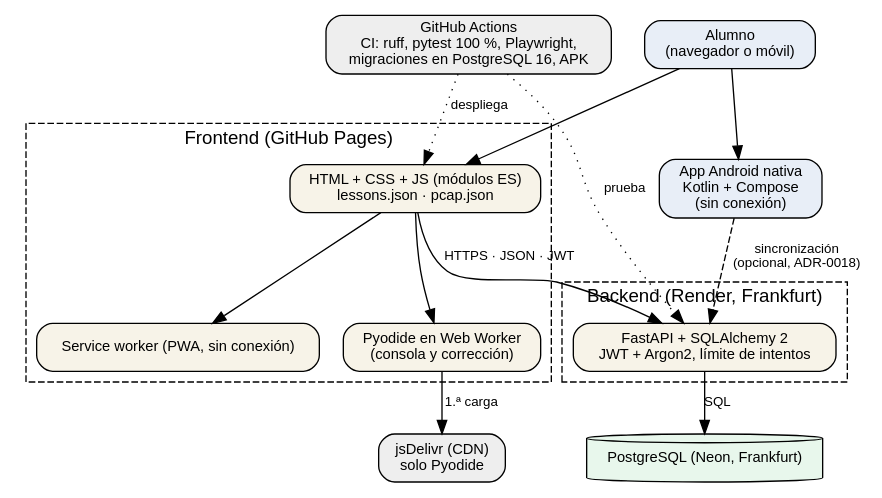
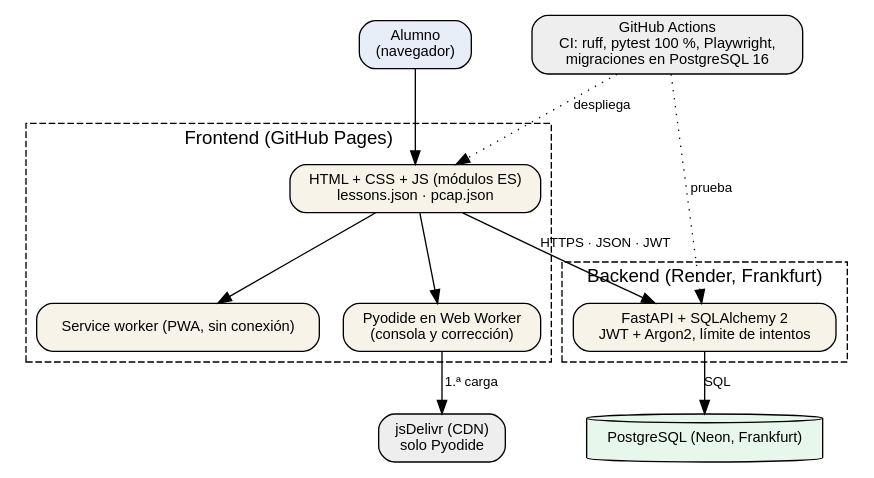
One commit to Marbi8891/python-learning-dashboard changed the diagram in docs/memoria/img/arquitectura.dot. Above: the diagram before and after it, drawn with Graphviz. The commit also changed 330 other files, not shown here.

```diff
--- a/docs/memoria/img/arquitectura.dot
+++ b/docs/memoria/img/arquitectura.dot
@@ -1,13 +1,11 @@
 digraph A { rankdir=TB; fontname="Helvetica"; node [shape=box, style="rounded,filled", fontname="Helvetica", fontsize=11, fillcolor="#f7f3e8"]; edge [fontname="Helvetica", fontsize=10];
-user [label="Alumno\n(navegador o móvil)", fillcolor="#e8eef7"];
+user [label="Alumno\n(navegador)", fillcolor="#e8eef7"];
 subgraph cluster_web { label="Frontend (GitHub Pages)"; style=dashed; web [label="HTML + CSS + JS (módulos ES)\nlessons.json · pcap.json"]; sw [label="Service worker (PWA, sin conexión)"]; py [label="Pyodide en Web Worker\n(consola y corrección)"]; }
 subgraph cluster_api { label="Backend (Render, Frankfurt)"; style=dashed; api [label="FastAPI + SQLAlchemy 2\nJWT + Argon2, límite de intentos"]; }
 db [label="PostgreSQL (Neon, Frankfurt)", shape=cylinder, fillcolor="#e8f7ec"];
 cdn [label="jsDelivr (CDN)\nsolo Pyodide", fillcolor="#eeeeee"];
-android [label="App Android nativa\nKotlin + Compose\n(sin conexión)", fillcolor="#e8eef7"];
-ci [label="GitHub Actions\nCI: ruff, pytest 100 %, Playwright,\nmigraciones en PostgreSQL 16, APK", fillcolor="#eeeeee"];
-user -> web; user -> android; web -> sw; web -> py; py -> cdn [label="1.ª carga"];
+ci [label="GitHub Actions\nCI: ruff, pytest 100 %, Playwright,\nmigraciones en PostgreSQL 16", fillcolor="#eeeeee"];
+user -> web; web -> sw; web -> py; py -> cdn [label="1.ª carga"];
 web -> api [label="HTTPS · JSON · JWT"]; api -> db [label="SQL"];
-android -> api [label="sincronización\n(opcional, ADR-0018)", style=dashed];
 ci -> web [label="despliega", style=dotted]; ci -> api [label="prueba", style=dotted];
 }
```
